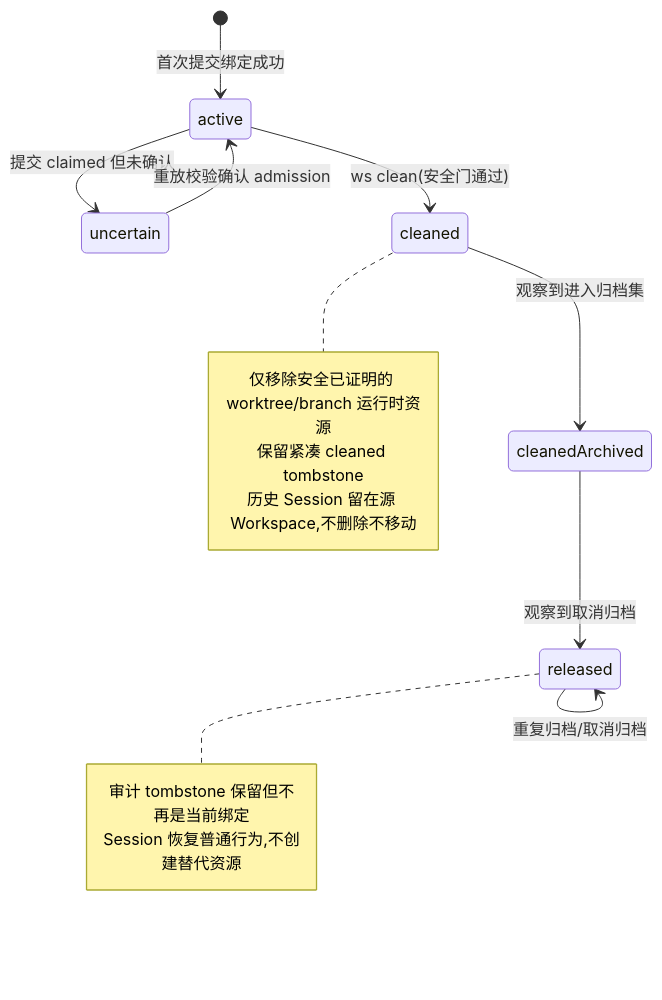
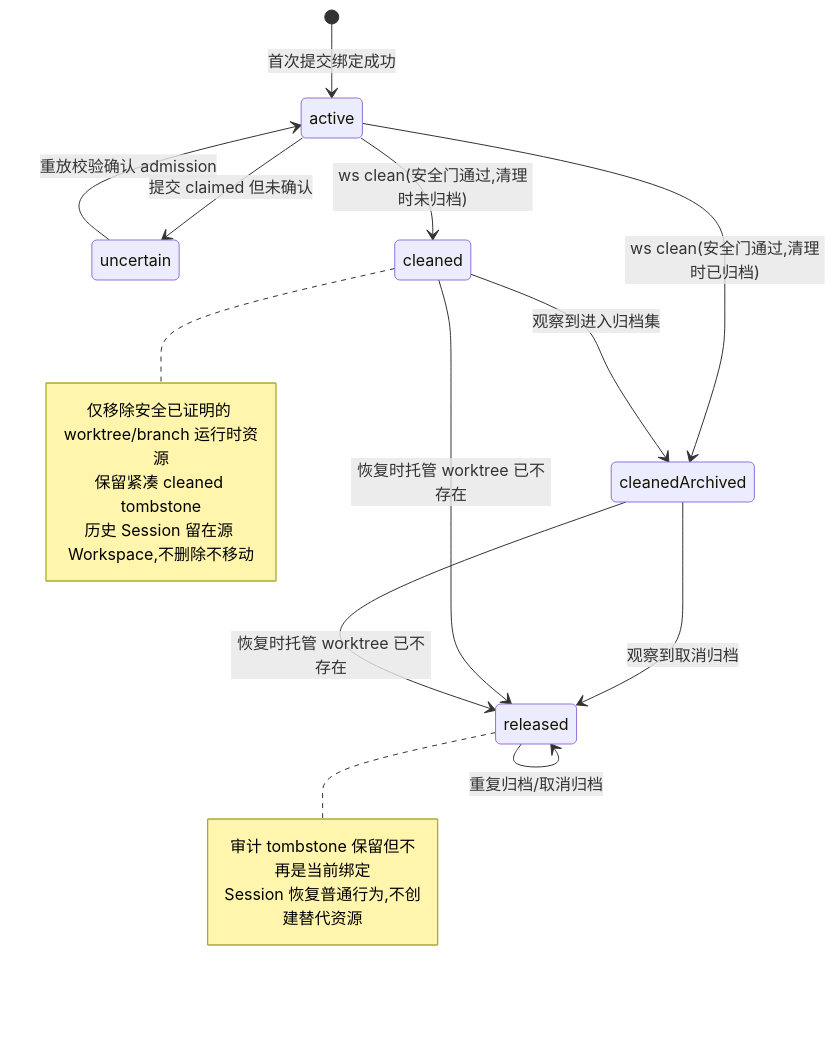
The fourth of 4 diagrams in worktree-session-architecture.md (prgrmrwy/ohmydsh), drawn with Mermaid before and after one commit. The commit also changed other lines of this file and 8 other files, not shown here.

````diff
--- a/worktree-session-architecture.md
+++ b/worktree-session-architecture.md
@@ -118,19 +118,22 @@
 ```mermaid
 stateDiagram-v2
     [*] --> active : 首次提交绑定成功
     active --> uncertain : 提交 claimed 但未确认
     uncertain --> active : 重放校验确认 admission
-    active --> cleaned : ws clean(安全门通过)
+    active --> cleaned : ws clean(安全门通过,清理时未归档)
+    active --> cleanedArchived : ws clean(安全门通过,清理时已归档)
     cleaned --> cleanedArchived : 观察到进入归档集
     cleanedArchived --> released : 观察到取消归档
+    cleaned --> released : 恢复时托管 worktree 已不存在
+    cleanedArchived --> released : 恢复时托管 worktree 已不存在
     released --> released : 重复归档/取消归档
     note right of cleaned
         仅移除安全已证明的 worktree/branch 运行时资源
         保留紧凑 cleaned tombstone
         历史 Session 留在源 Workspace,不删除不移动
     end note
     note right of released
         审计 tombstone 保留但不再是当前绑定
         Session 恢复普通行为,不创建替代资源
     end note
 ```
````
